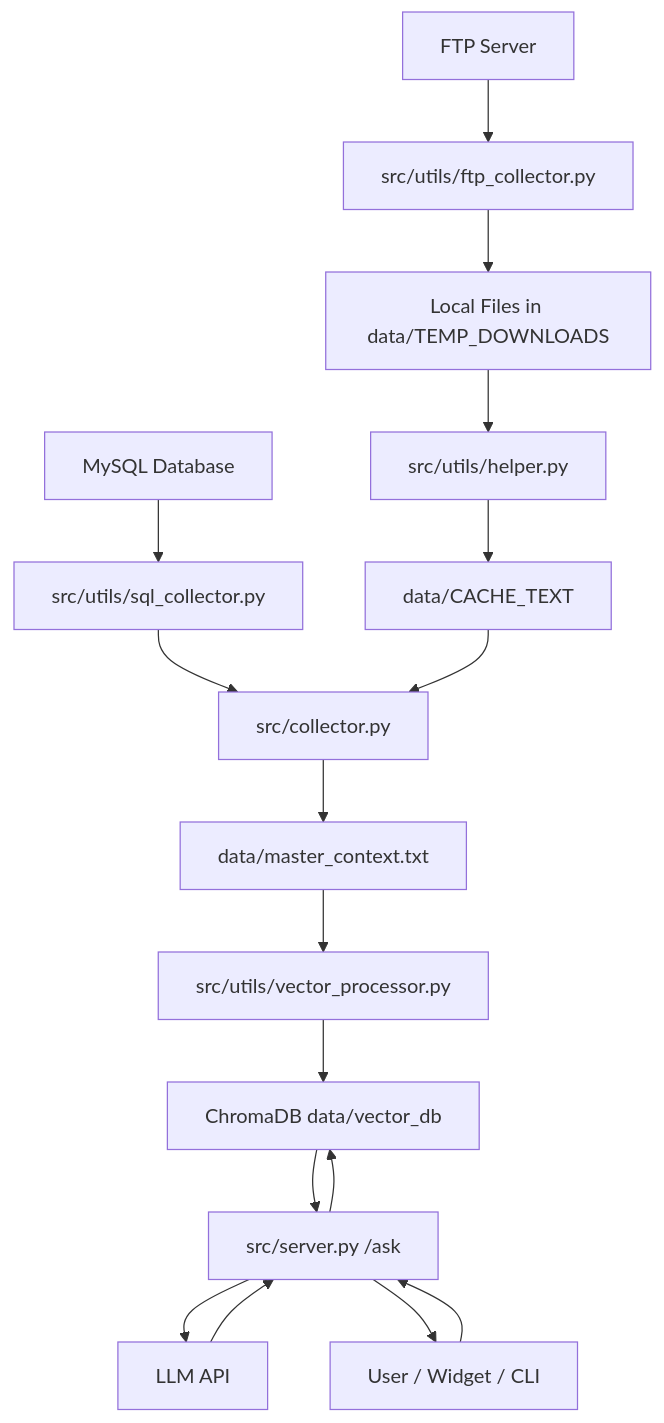
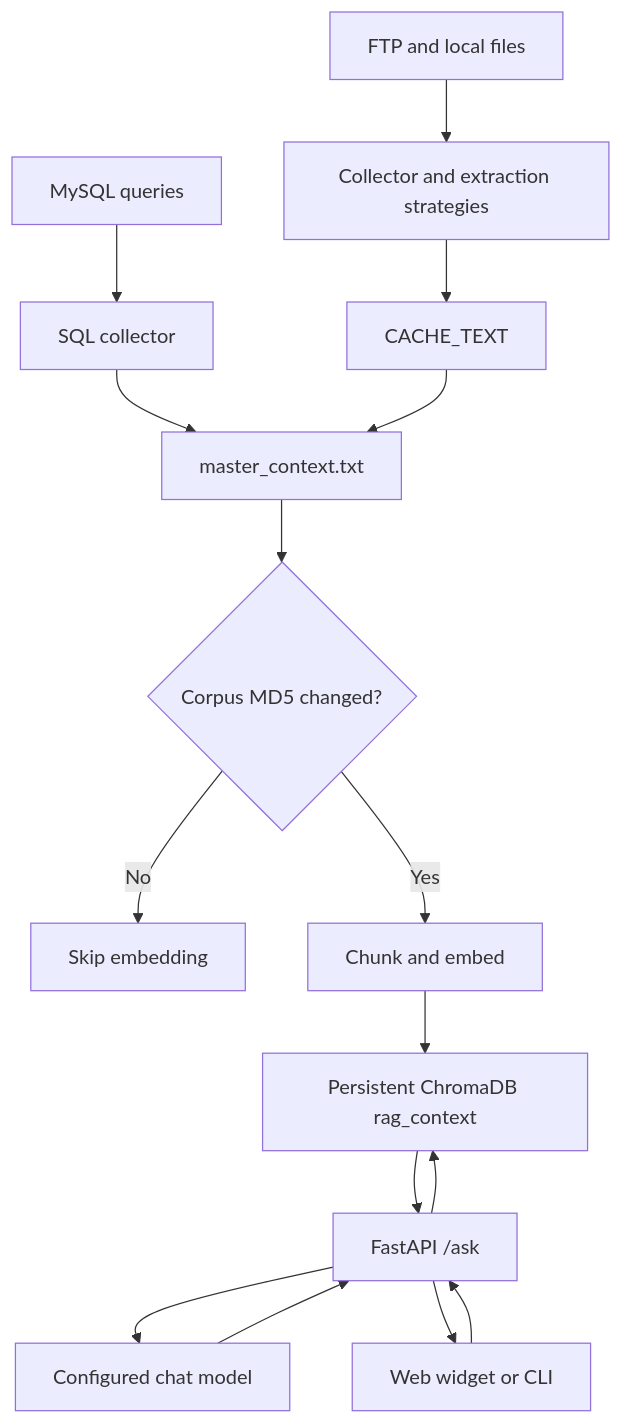
Before and after one commit to vicegd/chatbot_hupedcare: the diagram in README.md, drawn with Mermaid. The commit also changed other lines of this file, not shown here.

````diff
--- a/README.md
+++ b/README.md
@@ -166,21 +46,18 @@
 ```mermaid
 flowchart TD
-		A[FTP Server] --> B[src/utils/ftp_collector.py]
-		C[MySQL Database] --> D[src/utils/sql_collector.py]
-		E[Local Files in data/TEMP_DOWNLOADS] --> F[src/utils/helper.py]
-
-		B --> E
-		F --> G[data/CACHE_TEXT]
-		D --> H[src/collector.py]
-		G --> H
-		H --> I[data/master_context.txt]
-		I --> J[src/utils/vector_processor.py]
-		J --> K[ChromaDB data/vector_db]
-
-		L[User / Widget / CLI] --> M[src/server.py /ask]
-		M --> K
-		M --> N[LLM API]
-		K --> M
-		N --> M
-		M --> L
+    A[FTP and local files] --> B[Collector and extraction strategies]
+    C[MySQL queries] --> D[SQL collector]
+    B --> E[CACHE_TEXT]
+    D --> F[master_context.txt]
+    E --> F
+    F --> G{Corpus MD5 changed?}
+    G -->|No| H[Skip embedding]
+    G -->|Yes| I[Chunk and embed]
+    I --> J[Persistent ChromaDB rag_context]
+    K[Web widget or CLI] --> L[FastAPI /ask]
+    L --> J
+    J --> L
+    L --> M[Configured chat model]
+    M --> L
+    L --> K
 ```
````
